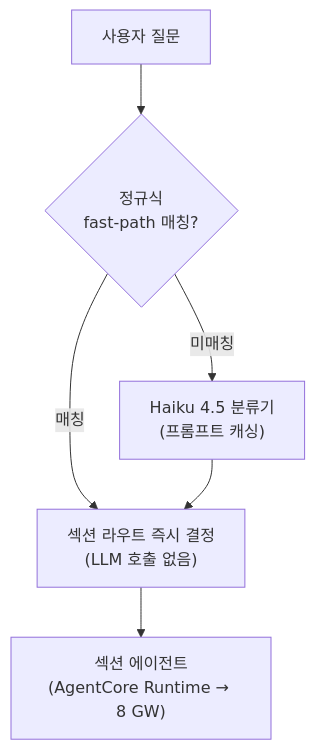
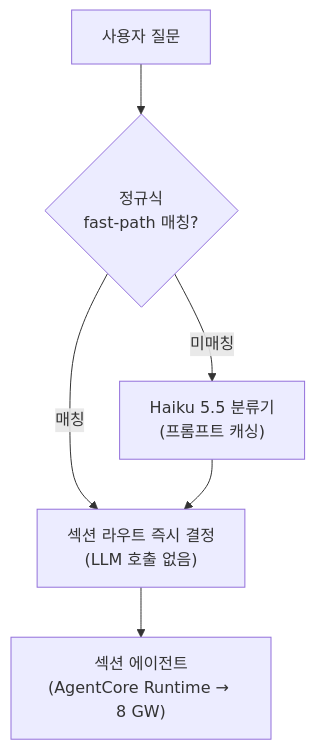
Before and after one commit to aws-samples/sample-awsops: the third of 4 diagrams in docs-site/docs/faq/architecture.md, drawn with Mermaid. The commit also changed other lines of this file and 64 other files, not shown here.

````diff
--- a/docs-site/docs/faq/architecture.md
+++ b/docs-site/docs/faq/architecture.md
@@ -127,8 +127,8 @@
 ```mermaid
 flowchart TD
   Q["사용자 질문"] --> REGEX{"정규식<br/>fast-path 매칭?"}
   REGEX -->|"매칭"| ROUTE["섹션 라우트 즉시 결정<br/>(LLM 호출 없음)"]
-  REGEX -->|"미매칭"| HAIKU["Haiku 4.5 분류기<br/>(프롬프트 캐싱)"]
+  REGEX -->|"미매칭"| HAIKU["Haiku 5.5 분류기<br/>(프롬프트 캐싱)"]
   HAIKU --> ROUTE
   ROUTE --> AGENT["섹션 에이전트<br/>(AgentCore Runtime → 8 GW)"]
 ```
````
